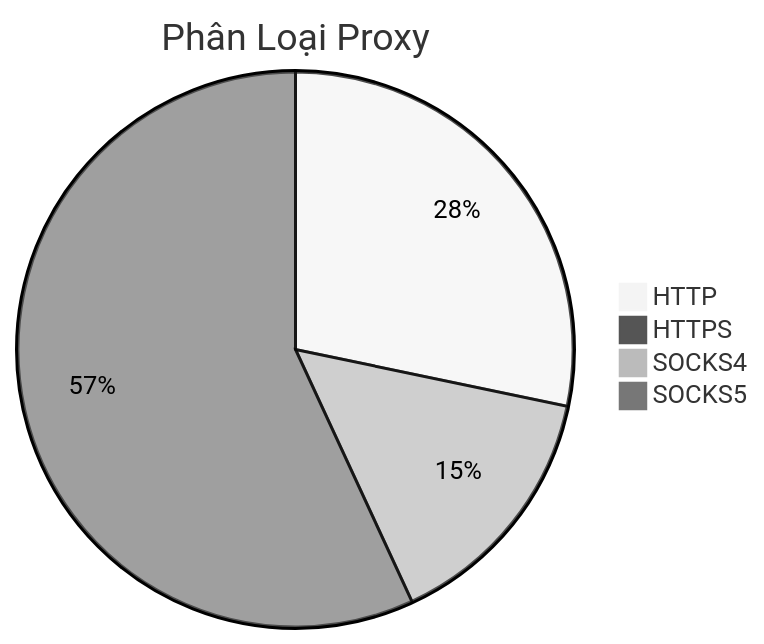
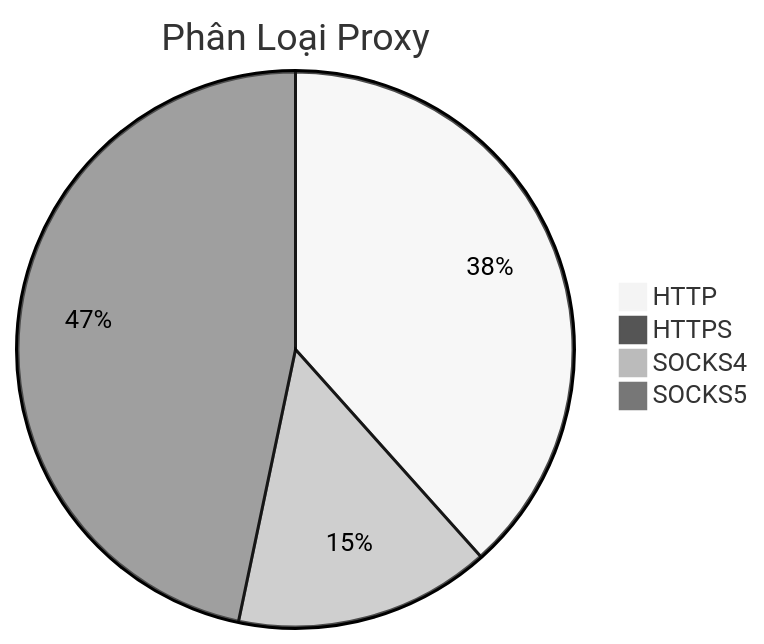
One commit to Ciara-12/PROXY-free changed the diagram in README.md. Above: the diagram before and after it, drawn with Mermaid (neutral theme). The commit also changed other lines of this file and 4 other files, not shown here.

````diff
--- a/README.md
+++ b/README.md
@@ -26,7 +26,7 @@
 ```mermaid
 pie title Phân Loại Proxy
-    "HTTP" : 431
-    "HTTPS" : 0
-    "SOCKS4" : 226
-    "SOCKS5" : 867
+    "HTTP" : 636
+    "HTTPS" : 4
+    "SOCKS4" : 247
+    "SOCKS5" : 774
 ```
````
